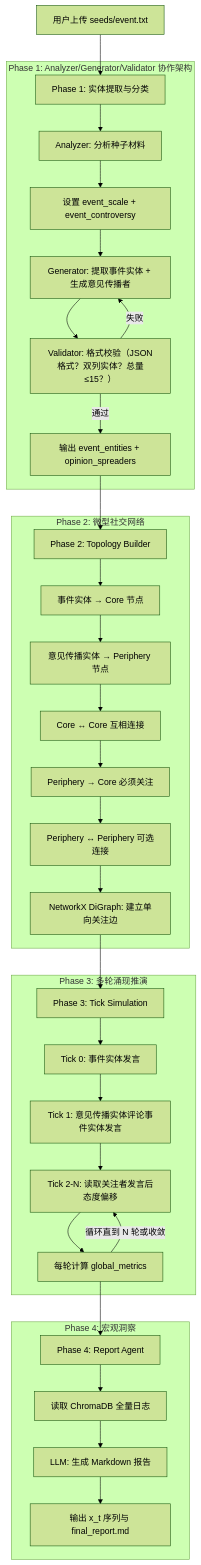
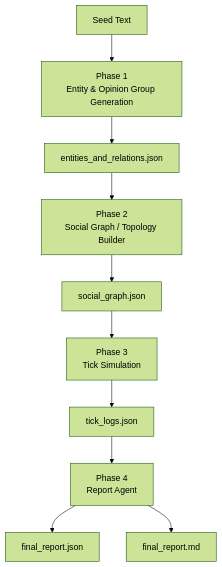
One commit to chatgarypt-cpu/Adarian- changed the first of 2 diagrams in docs/dev_spec.md. Above: the diagram before and after it, drawn with Mermaid (forest theme). The commit also changed other lines of this file and 20 other files, not shown here.

````diff
--- a/docs/dev_spec.md
+++ b/docs/dev_spec.md
@@ -460,43 +170,12 @@
 ```mermaid
-graph TD
-    A["用户上传 seeds/event.txt"]
-    A --> B["Phase 1: 实体提取与分类"]
-
-    subgraph P1 ["Phase 1: Analyzer/Generator/Validator 协作架构"]
-        B --> B1["Analyzer: 分析种子材料"]
-        B1 --> B2["设置 event_scale + event_controversy"]
-        B2 --> B3["Generator: 提取事件实体 + 生成意见传播者"]
-        B3 --> B4["Validator: 格式校验（JSON格式？双列实体？总量≤15？）"]
-        B4 -->|"通过"| B5["输出 event_entities + opinion_spreaders"]
-        B4 -->|"失败"| B3
-    end
-
-    B5 --> C["Phase 2: Topology Builder"]
-
-    subgraph P2 ["Phase 2: 微型社交网络"]
-        C --> C1["事件实体 → Core 节点"]
-        C1 --> C2["意见传播实体 → Periphery 节点"]
-        C2 --> C3["Core ↔ Core 互相连接"]
-        C3 --> C4["Periphery → Core 必须关注"]
-        C4 --> C5["Periphery ↔ Periphery 可选连接"]
-        C5 --> C6["NetworkX DiGraph: 建立单向关注边"]
-    end
-
-    C6 --> D["Phase 3: Tick Simulation"]
-
-    subgraph P3 ["Phase 3: 多轮涌现推演"]
-        D --> D0["Tick 0: 事件实体发言"]
-        D0 --> D1["Tick 1: 意见传播实体评论事件实体发言"]
-        D1 --> D2["Tick 2-N: 读取关注者发言后态度偏移"]
-        D2 --> D3["每轮计算 global_metrics"]
-        D3 -->|"循环直到 N 轮或收敛"| D2
-    end
-
-    D3 --> E["Phase 4: Report Agent"]
-
-    subgraph P4 ["Phase 4: 宏观洞察"]
-        E --> E1["读取 ChromaDB 全量日志"]
-        E1 --> E2["LLM: 生成 Markdown 报告"]
-        E2 --> E3["输出 x_t 序列与 final_report.md"]
-    end
+flowchart TD
+    A["Seed Text"] --> B["Phase 1<br/>Entity & Opinion Group Generation"]
+    B --> B1["entities_and_relations.json"]
+    B1 --> C["Phase 2<br/>Social Graph / Topology Builder"]
+    C --> C1["social_graph.json"]
+    C1 --> D["Phase 3<br/>Tick Simulation"]
+    D --> D1["tick_logs.json"]
+    D1 --> E["Phase 4<br/>Report Agent"]
+    E --> E1["final_report.json"]
+    E --> E2["final_report.md"]
 ```
````
